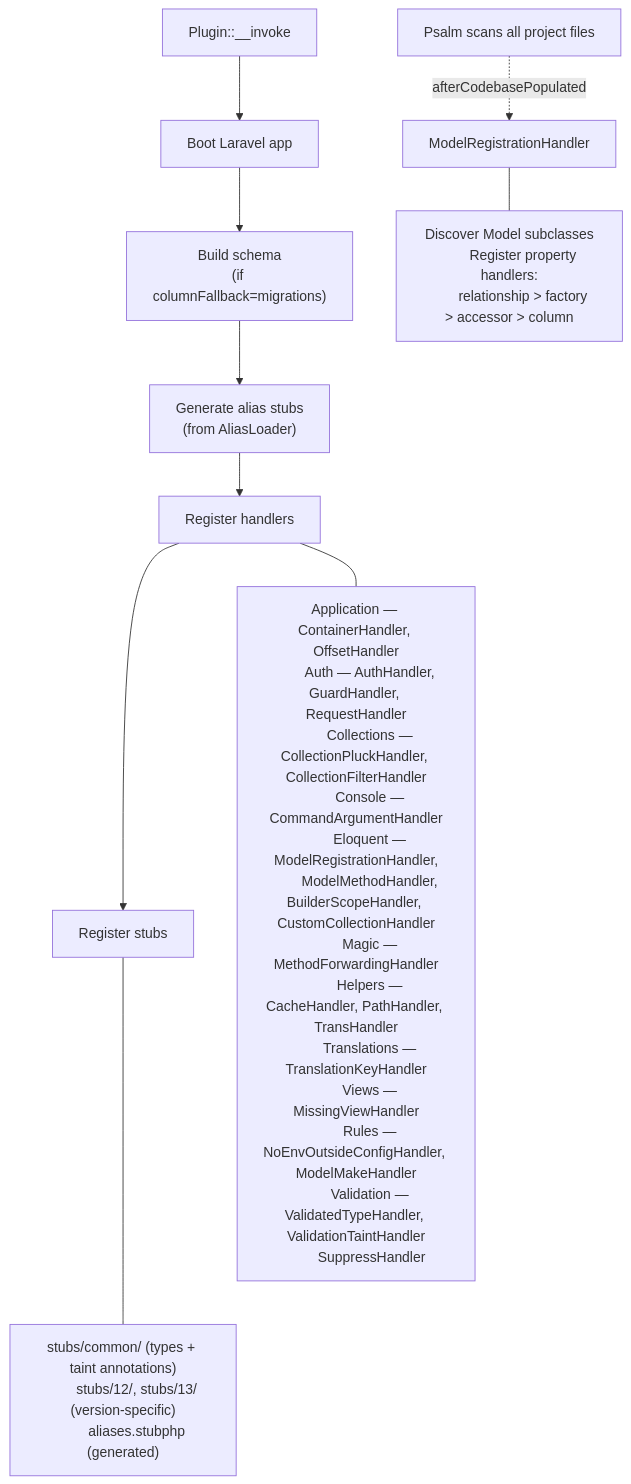
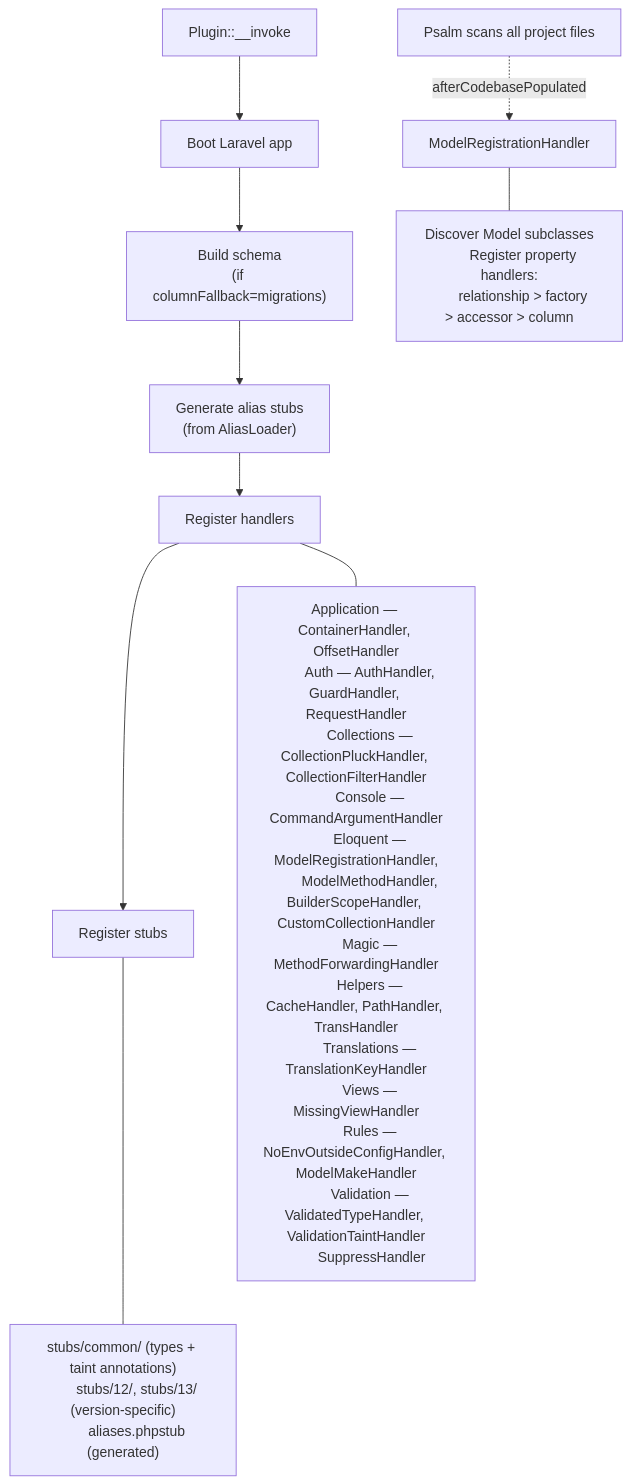
Before and after one commit to psalm/psalm-plugin-laravel: the first of 2 diagrams in docs/contributing/README.md, drawn with Mermaid. The commit also changed other lines of this file and 110 other files, not shown here.

````diff
--- a/docs/contributing/README.md
+++ b/docs/contributing/README.md
@@ -19,37 +19,37 @@
 ```mermaid
 flowchart TD
     A["Plugin::__invoke"] --> B["Boot Laravel app"]
     B --> C["Build schema\n(if columnFallback=migrations)"]
     C --> D["Generate alias stubs\n(from AliasLoader)"]
     D --> E["Register handlers"]
     E --> F["Register stubs"]
 
     E --- handlers["
         Application — ContainerHandler, OffsetHandler
         Auth — AuthHandler, GuardHandler, RequestHandler
         Collections — CollectionPluckHandler, CollectionFilterHandler
         Console — CommandArgumentHandler
         Eloquent — ModelRegistrationHandler,
         ModelMethodHandler, BuilderScopeHandler, CustomCollectionHandler
         Magic — MethodForwardingHandler
         Helpers — CacheHandler, PathHandler, TransHandler
         Translations — TranslationKeyHandler
         Views — MissingViewHandler
         Rules — NoEnvOutsideConfigHandler, ModelMakeHandler
         Validation — ValidatedTypeHandler, ValidationTaintHandler
         SuppressHandler
     "]
 
     F --- stubs["
         stubs/common/ (types + taint annotations)
         stubs/12/, stubs/13/ (version-specific)
-        aliases.stubphp (generated)
+        aliases.phpstub (generated)
     "]
 
     G["Psalm scans all project files"] -.->|afterCodebasePopulated| H["ModelRegistrationHandler"]
     H --- models["
         Discover Model subclasses
         Register property handlers:
         relationship > factory > accessor > column
     "]
 ```
````
